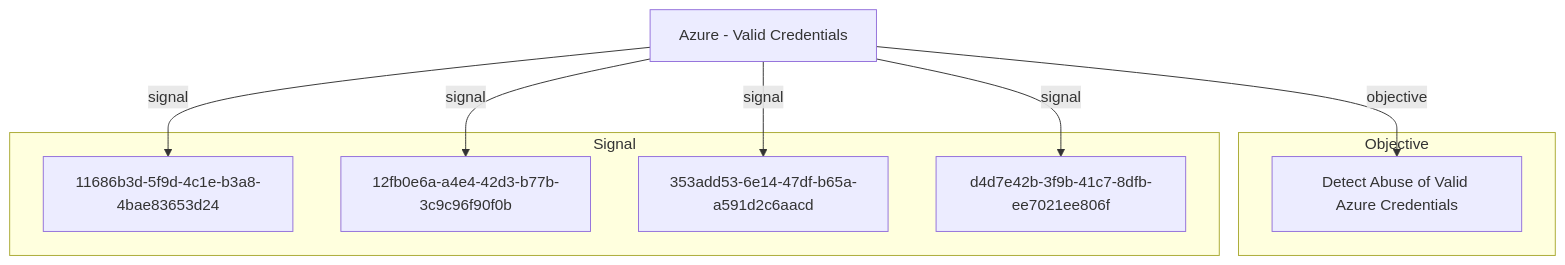
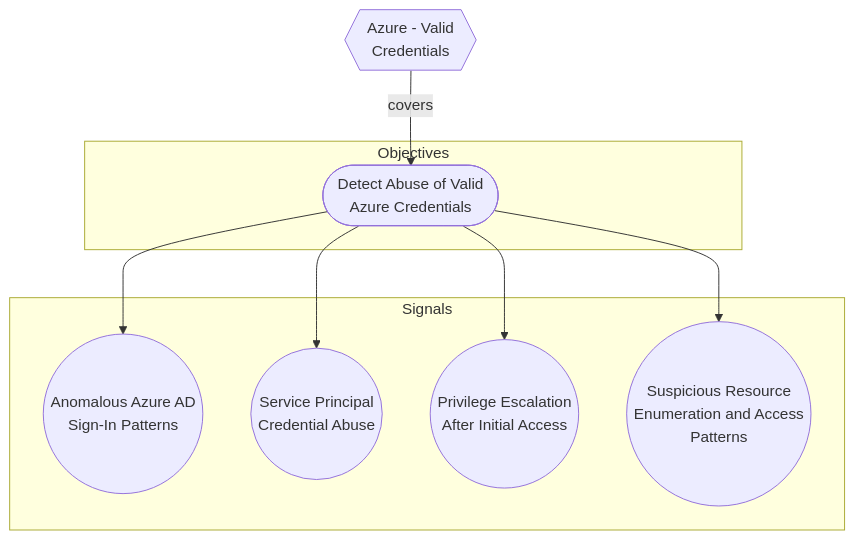
One commit to opentidehq/library changed the second of 2 diagrams in docs/threats/azure-valid-credentials.md. Above: the diagram before and after it, drawn with Mermaid. The commit also changed other lines of this file and 540 other files, not shown here.

````diff
--- a/docs/threats/azure-valid-credentials.md
+++ b/docs/threats/azure-valid-credentials.md
@@ -211,18 +437,18 @@
 ```mermaid
 flowchart TB
-subgraph "Objective"
-f4a8b3c2_7e5d_4f1a_bc8e_9d2a6e7c8f0b["Detect Abuse of Valid Azure Credentials"]
+subgraph "Objectives"
+f4a8b3c2_7e5d_4f1a_bc8e_9d2a6e7c8f0b(["Detect Abuse of Valid<br>Azure Credentials"])
 end
-subgraph "Signal"
-11686b3d_5f9d_4c1e_b3a8_4bae83653d24["11686b3d-5f9d-4c1e-b3a8-4bae83653d24"]
-12fb0e6a_a4e4_42d3_b77b_3c9c96f90f0b["12fb0e6a-a4e4-42d3-b77b-3c9c96f90f0b"]
-353add53_6e14_47df_b65a_a591d2c6aacd["353add53-6e14-47df-b65a-a591d2c6aacd"]
-d4d7e42b_3f9b_41c7_8dfb_ee7021ee806f["d4d7e42b-3f9b-41c7-8dfb-ee7021ee806f"]
+subgraph "Signals"
+12fb0e6a_a4e4_42d3_b77b_3c9c96f90f0b(("Anomalous Azure AD<br>Sign-In Patterns"))
+d4d7e42b_3f9b_41c7_8dfb_ee7021ee806f(("Service Principal<br>Credential Abuse"))
+11686b3d_5f9d_4c1e_b3a8_4bae83653d24(("Privilege Escalation<br>After Initial Access"))
+353add53_6e14_47df_b65a_a591d2c6aacd(("Suspicious Resource<br>Enumeration and Access<br>Patterns"))
 end
-2743bf18_3b86_4721_bf3e_153dcda0b149["Azure - Valid Credentials"]
-2743bf18_3b86_4721_bf3e_153dcda0b149 -->|objective| f4a8b3c2_7e5d_4f1a_bc8e_9d2a6e7c8f0b
-2743bf18_3b86_4721_bf3e_153dcda0b149 -->|signal| 11686b3d_5f9d_4c1e_b3a8_4bae83653d24
-2743bf18_3b86_4721_bf3e_153dcda0b149 -->|signal| 12fb0e6a_a4e4_42d3_b77b_3c9c96f90f0b
-2743bf18_3b86_4721_bf3e_153dcda0b149 -->|signal| 353add53_6e14_47df_b65a_a591d2c6aacd
-2743bf18_3b86_4721_bf3e_153dcda0b149 -->|signal| d4d7e42b_3f9b_41c7_8dfb_ee7021ee806f
+2743bf18_3b86_4721_bf3e_153dcda0b149{{"Azure - Valid<br>Credentials"}}
+2743bf18_3b86_4721_bf3e_153dcda0b149 -->|covers| f4a8b3c2_7e5d_4f1a_bc8e_9d2a6e7c8f0b
+f4a8b3c2_7e5d_4f1a_bc8e_9d2a6e7c8f0b --> 12fb0e6a_a4e4_42d3_b77b_3c9c96f90f0b
+f4a8b3c2_7e5d_4f1a_bc8e_9d2a6e7c8f0b --> d4d7e42b_3f9b_41c7_8dfb_ee7021ee806f
+f4a8b3c2_7e5d_4f1a_bc8e_9d2a6e7c8f0b --> 11686b3d_5f9d_4c1e_b3a8_4bae83653d24
+f4a8b3c2_7e5d_4f1a_bc8e_9d2a6e7c8f0b --> 353add53_6e14_47df_b65a_a591d2c6aacd
 ```
````
